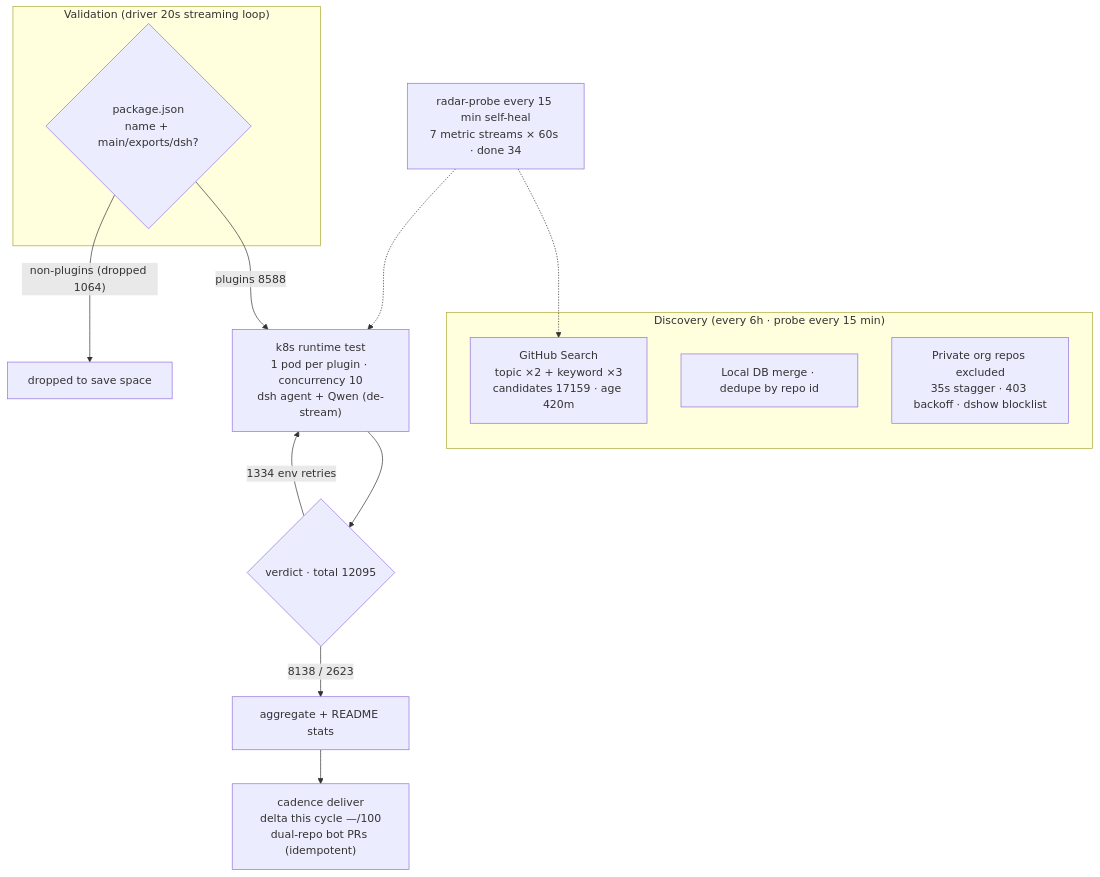
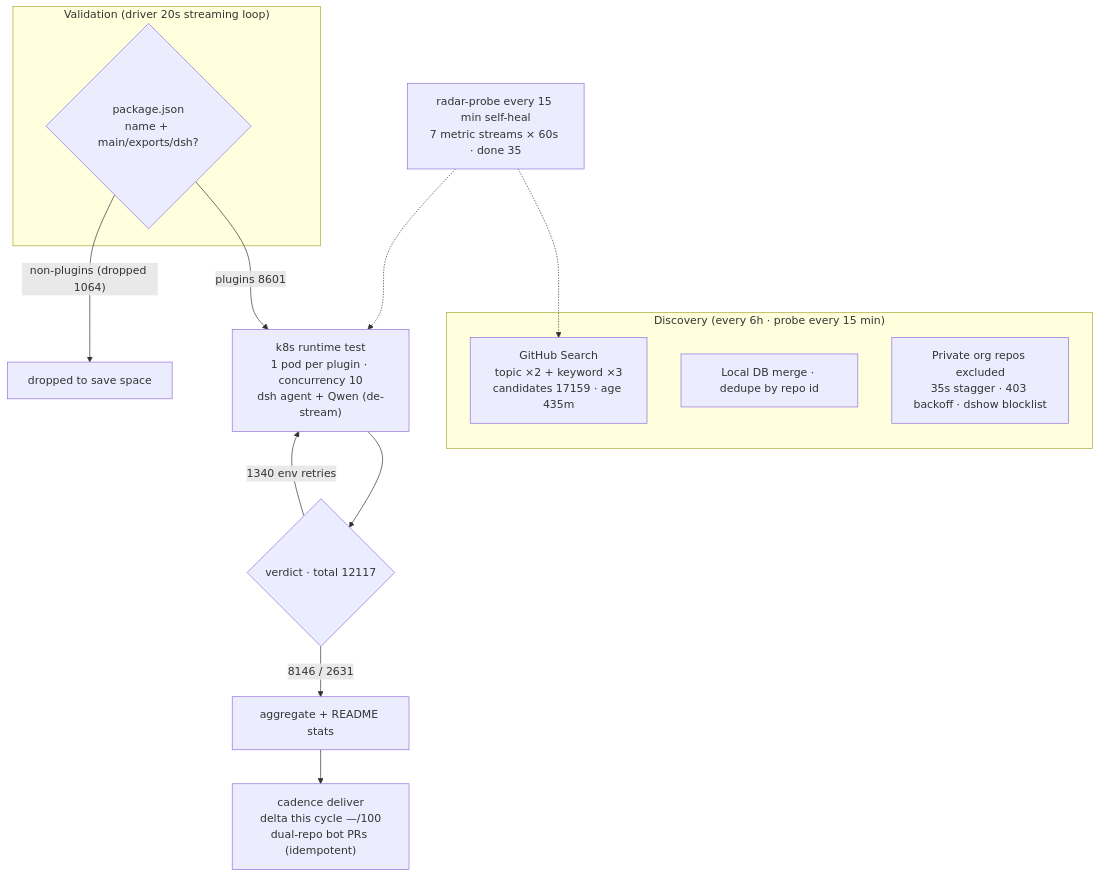
Before and after one commit to AdamPlatin123/awesome-dsh-plugins: the diagram in README.en-US.md, drawn with Mermaid. The commit also changed other lines of this file and 5 other files, not shown here.

````diff
--- a/README.en-US.md
+++ b/README.en-US.md
@@ -45,20 +45,20 @@
 ```mermaid
 flowchart TB
     subgraph Discovery["Discovery (every 6h · probe every 15 min)"]
-        A1["GitHub Search<br/>topic ×2 + keyword ×3<br/>candidates 17159 · age 420m"]
+        A1["GitHub Search<br/>topic ×2 + keyword ×3<br/>candidates 17159 · age 435m"]
         A2["Local DB merge · dedupe by repo id"]
         A3["Private org repos excluded<br/>35s stagger · 403 backoff · dshow blocklist"]
     end
     subgraph Validation["Validation (driver 20s streaming loop)"]
         B1{"package.json<br/>name + main/exports/dsh?"}
     end
-    B1 -->|"plugins 8588"| C1["k8s runtime test<br/>1 pod per plugin · concurrency 10<br/>dsh agent + Qwen (de-stream)"]
+    B1 -->|"plugins 8601"| C1["k8s runtime test<br/>1 pod per plugin · concurrency 10<br/>dsh agent + Qwen (de-stream)"]
     B1 -->|"non-plugins (dropped 1064)"| B3["dropped to save space"]
-    C1 --> D1{"verdict · total 12095"}
-    D1 -->|"8138 / 2623"| E1["aggregate + README stats"]
-    D1 -->|"1334 env retries"| C1
+    C1 --> D1{"verdict · total 12117"}
+    D1 -->|"8146 / 2631"| E1["aggregate + README stats"]
+    D1 -->|"1340 env retries"| C1
     E1 --> E2["cadence deliver<br/>delta this cycle —/100<br/>dual-repo bot PRs (idempotent)"]
-    M["radar-probe every 15 min self-heal<br/>7 metric streams × 60s · done 34"]
+    M["radar-probe every 15 min self-heal<br/>7 metric streams × 60s · done 35"]
     M -.-> A1
     M -.-> C1
 ```
````
